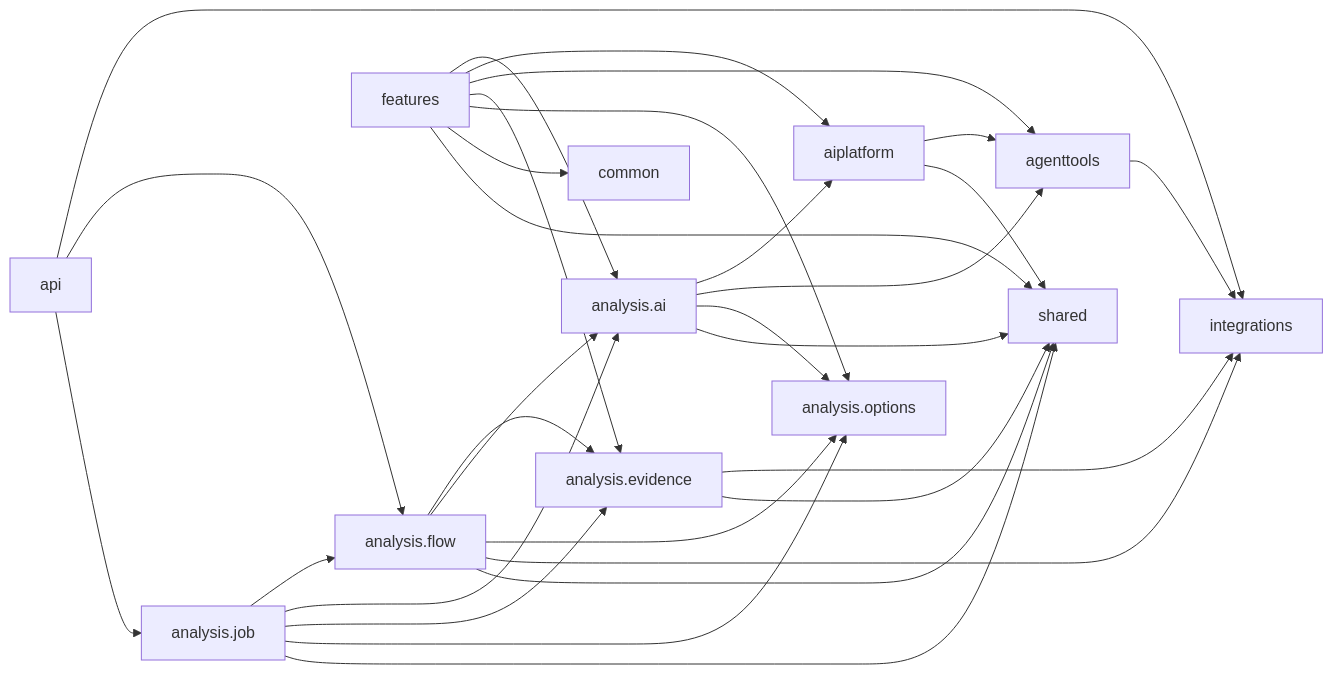
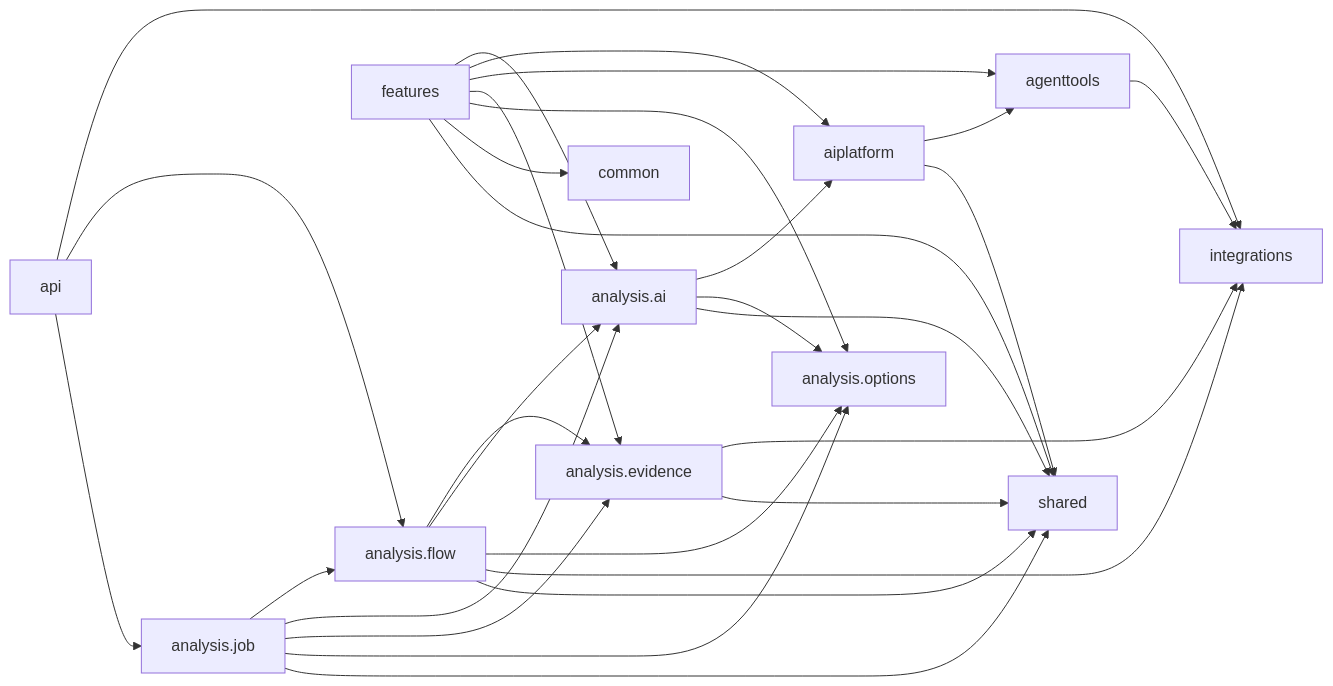
The second of 2 diagrams in docs/architecture/05-package-dependencies.md (herald-assistant/incident-tracker), drawn with Mermaid before and after one commit. The commit also changed other lines of this file and 19 other files, not shown here.

````diff
--- a/docs/architecture/05-package-dependencies.md
+++ b/docs/architecture/05-package-dependencies.md
@@ -139,39 +139,38 @@
 ```mermaid
 flowchart LR
     JOB["analysis.job"] --> FLOW["analysis.flow"]
     JOB --> AI["analysis.ai"]
     JOB --> EVIDENCE["analysis.evidence"]
     JOB --> OPTIONS["analysis.options"]
     JOB --> SHARED["shared"]
 
     FLOW --> EVIDENCE
     FLOW --> AI
     FLOW --> OPTIONS
     FLOW --> INTEGRATIONS["integrations"]
     FLOW --> SHARED
 
     EVIDENCE --> INTEGRATIONS["integrations"]
     EVIDENCE --> SHARED
 
     FEATURES["features"] --> AI
     FEATURES --> AIPLATFORM["aiplatform"]
     FEATURES --> AGENTTOOLS["agenttools"]
     FEATURES --> EVIDENCE
     FEATURES --> OPTIONS
     FEATURES --> COMMON["common"]
     FEATURES --> SHARED
 
     AI --> AIPLATFORM["aiplatform"]
-    AI --> AGENTTOOLS["agenttools"]
     AI --> OPTIONS
     AI --> SHARED
 
     AIPLATFORM --> AGENTTOOLS
     AIPLATFORM --> SHARED
 
     AGENTTOOLS --> INTEGRATIONS
 
     API["api"] --> INTEGRATIONS
     API --> FLOW
     API --> JOB
 ```
````
